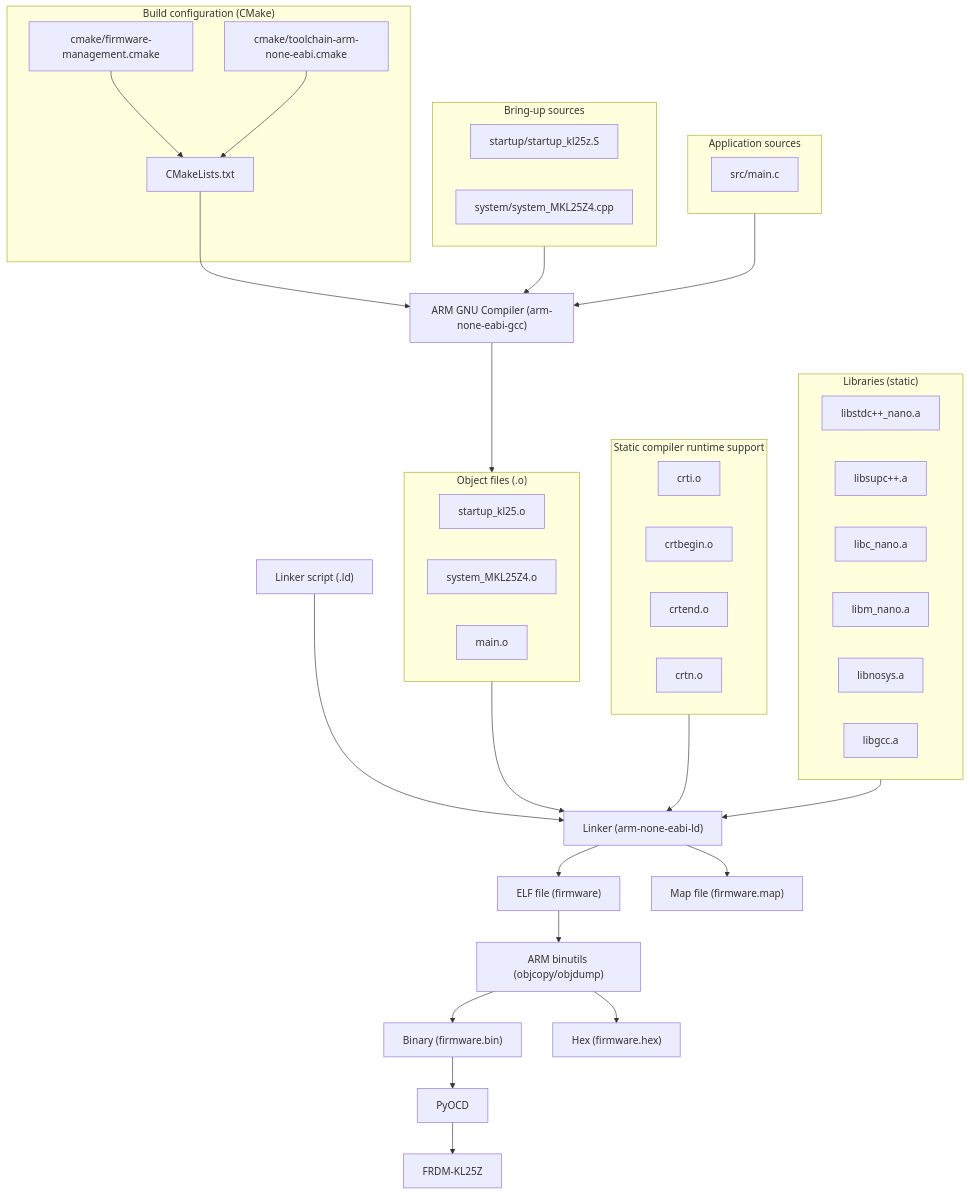
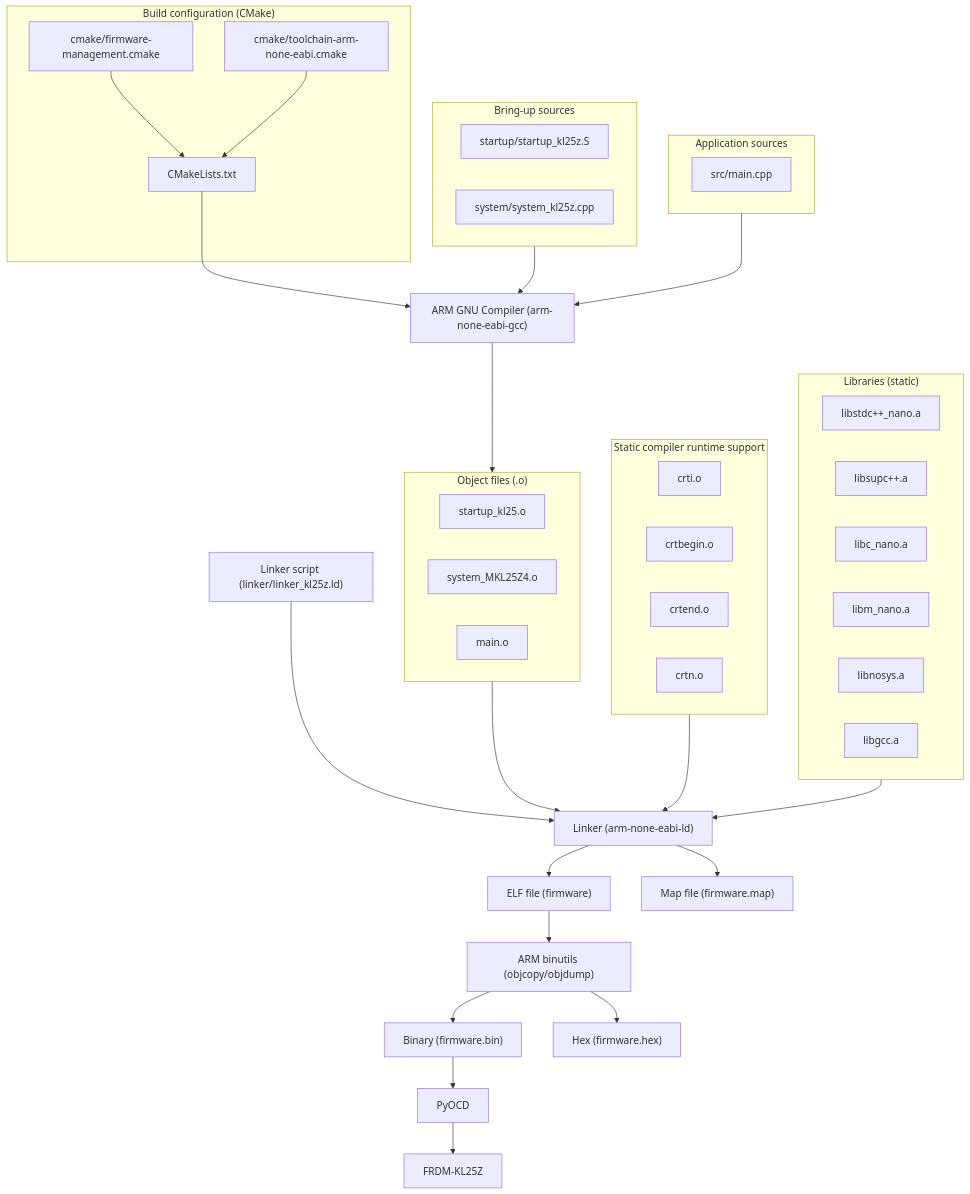
The first of 3 diagrams in README.md (janusboandersen/frdm_kl25z_minimal_build), drawn with Mermaid before and after one commit. The commit also changed other lines of this file and 5 other files, not shown here.

````diff
--- a/README.md
+++ b/README.md
@@ -165,81 +165,81 @@
 ```mermaid
 flowchart TD
   %% ---- Build setup ----
   subgraph build_setup["Build configuration (CMake)"]
     fm["cmake/firmware-management.cmake"]
     tc["cmake/toolchain-arm-none-eabi.cmake"]
     cl["CMakeLists.txt"]
     fm --> cl
     tc --> cl
   end
 
   %% ---- Bring-up sources ----
   subgraph sources["Bring-up sources"]
     startup_s["startup/startup_kl25z.S"]
-    sysinit_cpp["system/system_MKL25Z4.cpp"]
+    sysinit_cpp["system/system_kl25z.cpp"]
   end
   
   %% ---- User application ----
   subgraph app["Application sources"]
-    main_c["src/main.c"]
+    main_c["src/main.cpp"]
   end
 
   %% ---- Compiler ----
   compiler["ARM GNU Compiler (arm-none-eabi-gcc)"]
 
   subgraph objects["Object files (.o)"]
     startup_o["startup_kl25.o"]
     sysinit_o[system_MKL25Z4.o]
     main_o["main.o"]
   end
 
   %% ---- Compiler runtime support objects ----
   subgraph crt_objs["Static compiler runtime support"]
     crti["crti.o"]
     crtbegin["crtbegin.o"]
     crtend["crtend.o"]
     crtn["crtn.o"]
   end
 
   %% ---- Libraries ----
   subgraph libs["Libraries (static)"]
     libstdcpp["libstdc++_nano.a"]
     libsupc["libsupc++.a"]
     libc_nano["libc_nano.a"]
     libm_nano["libm_nano.a"]
     libnosys["libnosys.a"]
     libgcc["libgcc.a"]
   end
 
   %% ---- Link stage ----
   linker["Linker (arm-none-eabi-ld)"]
-  lds["Linker script (.ld)"]
+  lds["Linker script (linker/linker_kl25z.ld)"]
 
   %% ---- Outputs ----
   elf["ELF file (firmware)"]
   mapfile["Map file (firmware.map)"]
   tools["ARM binutils (objcopy/objdump)"]
   bin["Binary (firmware.bin)"]
   hex["Hex (firmware.hex)"]
 
   %% -- Target
   pyocd["PyOCD"]
   kl25z["FRDM-KL25Z"]
 
   %% ---- Flow ----
   cl --> compiler
   sources --> compiler
   app --> compiler
   compiler --> objects
   objects --> linker
   lds --> linker
   crt_objs --> linker
   libs --> linker
   linker --> elf
   linker --> mapfile
   elf --> tools
   tools --> bin
   tools --> hex
   bin --> pyocd
   pyocd --> kl25z
 ```
````
